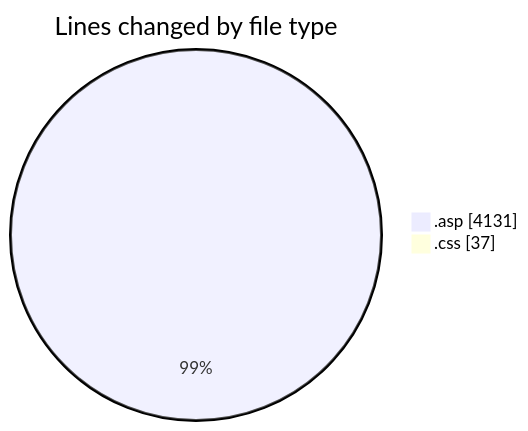
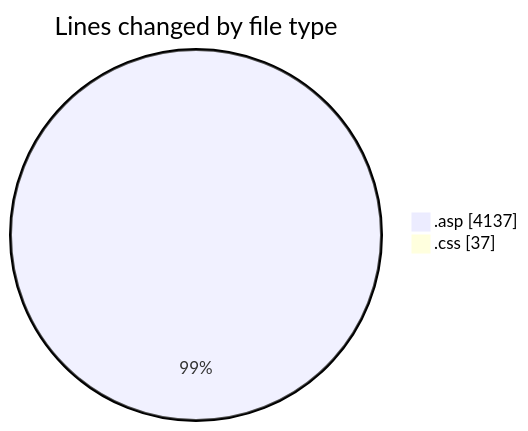
Before and after one commit to julien-gomy/code-tracking: the first of 2 diagrams in 2025-11-02/cdp_aleoudev_fr__workspace_/README.md, drawn with Mermaid. The commit also changed other lines of this file and 1 other file, not shown here.

````diff
--- a/2025-11-02/cdp_aleoudev_fr__workspace_/README.md
+++ b/2025-11-02/cdp_aleoudev_fr__workspace_/README.md
@@ -24,6 +24,6 @@
 ```mermaid
 pie showData
 title Lines changed by file type
-".asp" : 4131
+".asp" : 4137
 ".css" : 37
 ```
````
